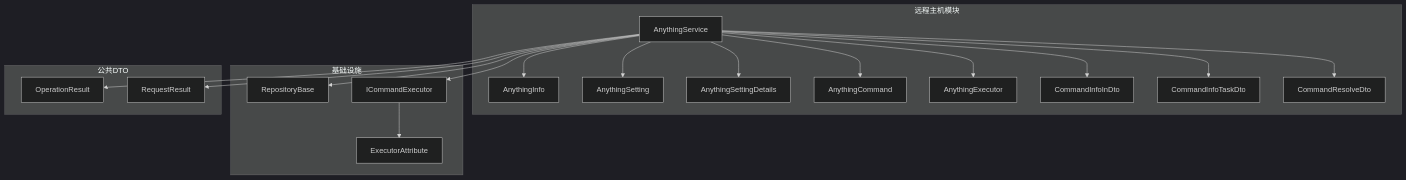
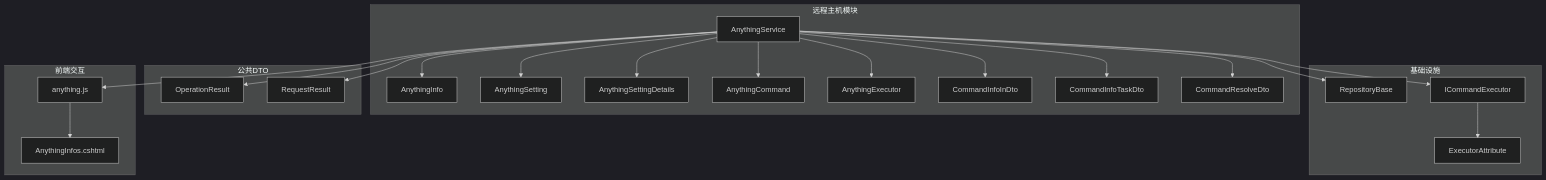
One commit to Sosososolong/AirGo changed the first of 7 diagrams in .qoder/repowiki/zh/content/远程主机管理模块/AnythingService 核心功能.md. Above: the diagram before and after it, drawn with Mermaid (dark theme). The commit also changed other lines of this file and 22 other files, not shown here.

````diff
--- a/.qoder/repowiki/zh/content/远程主机管理模块/AnythingService 核心功能.md
+++ b/.qoder/repowiki/zh/content/远程主机管理模块/AnythingService 核心功能.md
@@ -40,36 +43,42 @@
 ```mermaid
 graph TB
 subgraph "远程主机模块"
 AS["AnythingService"]
 AI["AnythingInfo"]
 ASI["AnythingSetting"]
 ASD["AnythingSettingDetails"]
 AC["AnythingCommand"]
 AE["AnythingExecutor"]
 CIn["CommandInfoInDto"]
 CIT["CommandInfoTaskDto"]
 CR["CommandResolveDto"]
 end
 subgraph "基础设施"
 RB["RepositoryBase<T>"]
 IC["ICommandExecutor"]
 EA["ExecutorAttribute"]
 end
 subgraph "公共DTO"
 OR["OperationResult"]
 RR["RequestResult<T>"]
 end
+subgraph "前端交互"
+AJ["anything.js"]
+AV["AnythingInfos.cshtml"]
+end
 AS --> RB
 AS --> AI
 AS --> ASI
 AS --> ASD
 AS --> AC
 AS --> AE
 AS --> CIn
 AS --> CIT
 AS --> CR
 AS --> OR
 AS --> RR
 AS --> IC
+AS --> AJ
+AJ --> AV
 IC --> EA
 ```
````
